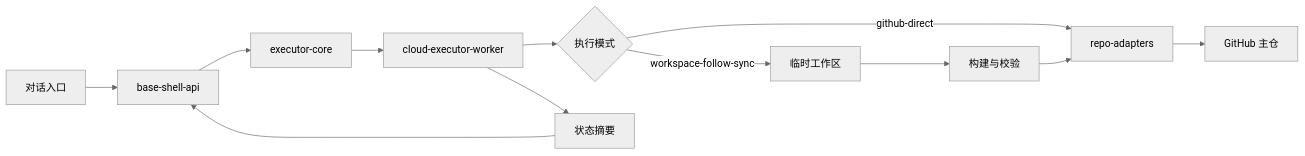
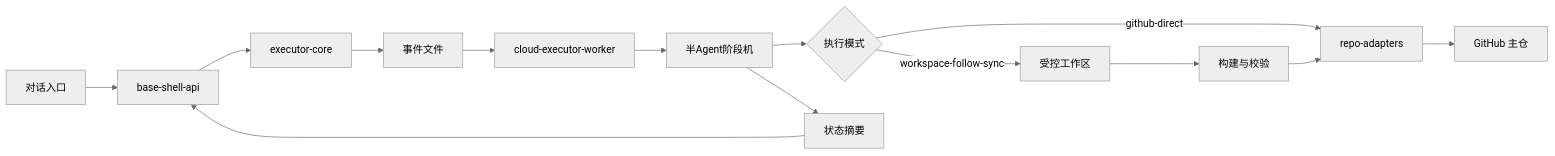
Before and after one commit to qinfendebingshuo/guanghulab-core: the diagram in docs/architecture/cloud-executor-topology.md, drawn with Mermaid (neutral theme). The commit also changed other lines of this file and 12 other files, not shown here.

````diff
--- a/docs/architecture/cloud-executor-topology.md
+++ b/docs/architecture/cloud-executor-topology.md
@@ -48,14 +57,16 @@
 ```mermaid
 flowchart LR
   A[对话入口] --> B[base-shell-api]
   B --> C[executor-core]
-  C --> D[cloud-executor-worker]
-  D --> E{执行模式}
-  E -->|github-direct| F[repo-adapters]
-  E -->|workspace-follow-sync| G[临时工作区]
-  G --> H[构建与校验]
-  H --> F
-  F --> I[GitHub 主仓]
-  D --> J[状态摘要]
-  J --> B
+  C --> D[事件文件]
+  D --> E[cloud-executor-worker]
+  E --> F[半Agent阶段机]
+  F --> G{执行模式}
+  G -->|github-direct| H[repo-adapters]
+  G -->|workspace-follow-sync| I[受控工作区]
+  I --> J[构建与校验]
+  J --> H
+  H --> K[GitHub 主仓]
+  F --> L[状态摘要]
+  L --> B
 ```
````
